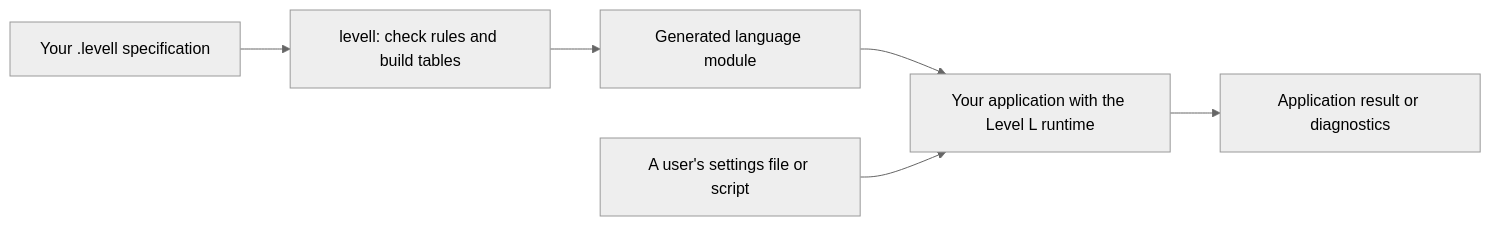
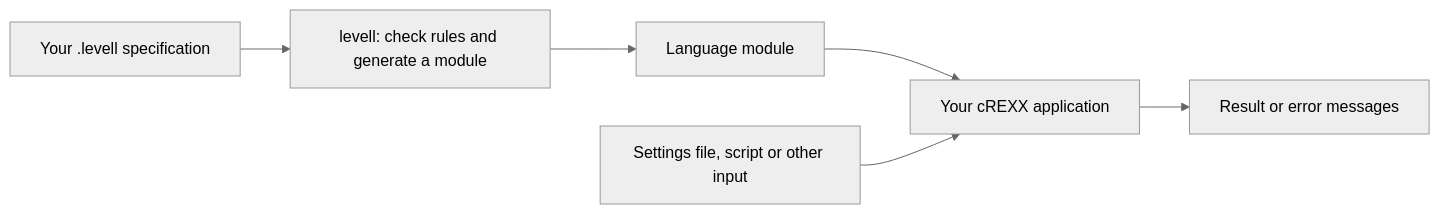
Before and after one commit to adesutherland/CREXX: the first of 2 diagrams in lib/rxfnsl/doc/user-guide.md, drawn with Mermaid (neutral theme). The commit also changed other lines of this file and 167 other files, not shown here.

````diff
--- a/lib/rxfnsl/doc/user-guide.md
+++ b/lib/rxfnsl/doc/user-guide.md
@@ -78,8 +62,8 @@
 ```mermaid
 flowchart LR
-    G["Your .levell specification"] --> B["levell: check rules and build tables"]
-    B --> M["Generated language module"]
-    M --> A["Your application with the Level L runtime"]
-    S["A user's settings file or script"] --> A
-    A --> R["Application result or diagnostics"]
+    G["Your .levell specification"] --> B["levell: check rules and generate a module"]
+    B --> M["Language module"]
+    M --> A["Your cREXX application"]
+    S["Settings file, script or other input"] --> A
+    A --> R["Result or error messages"]
 ```
````
